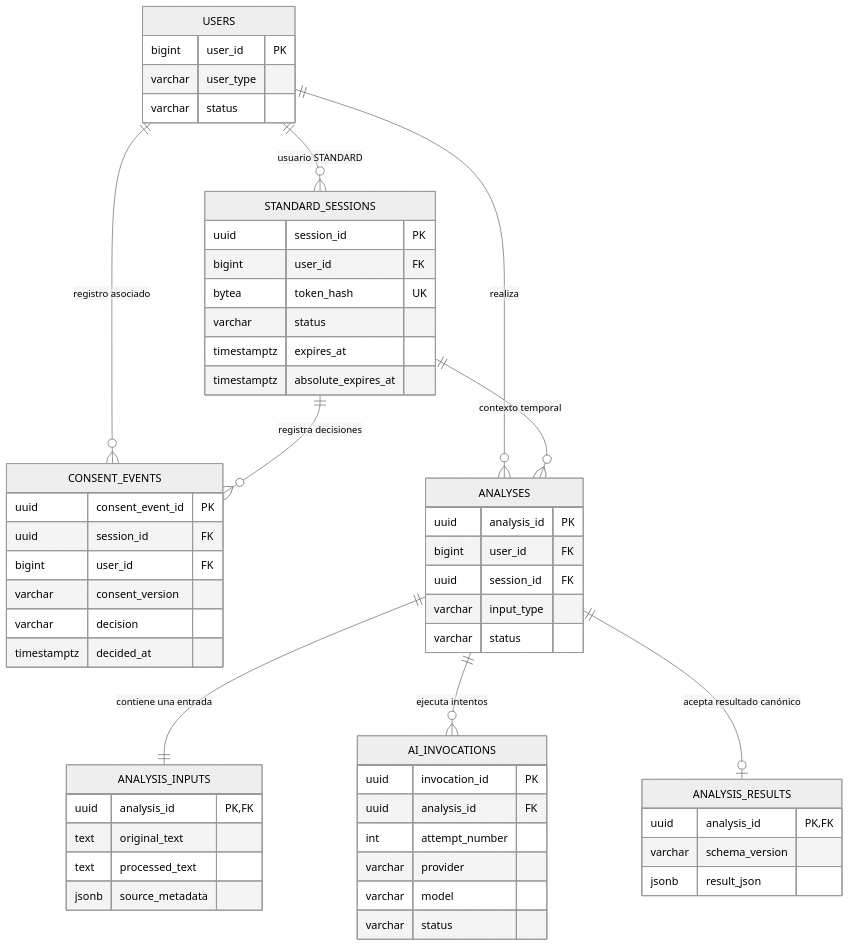
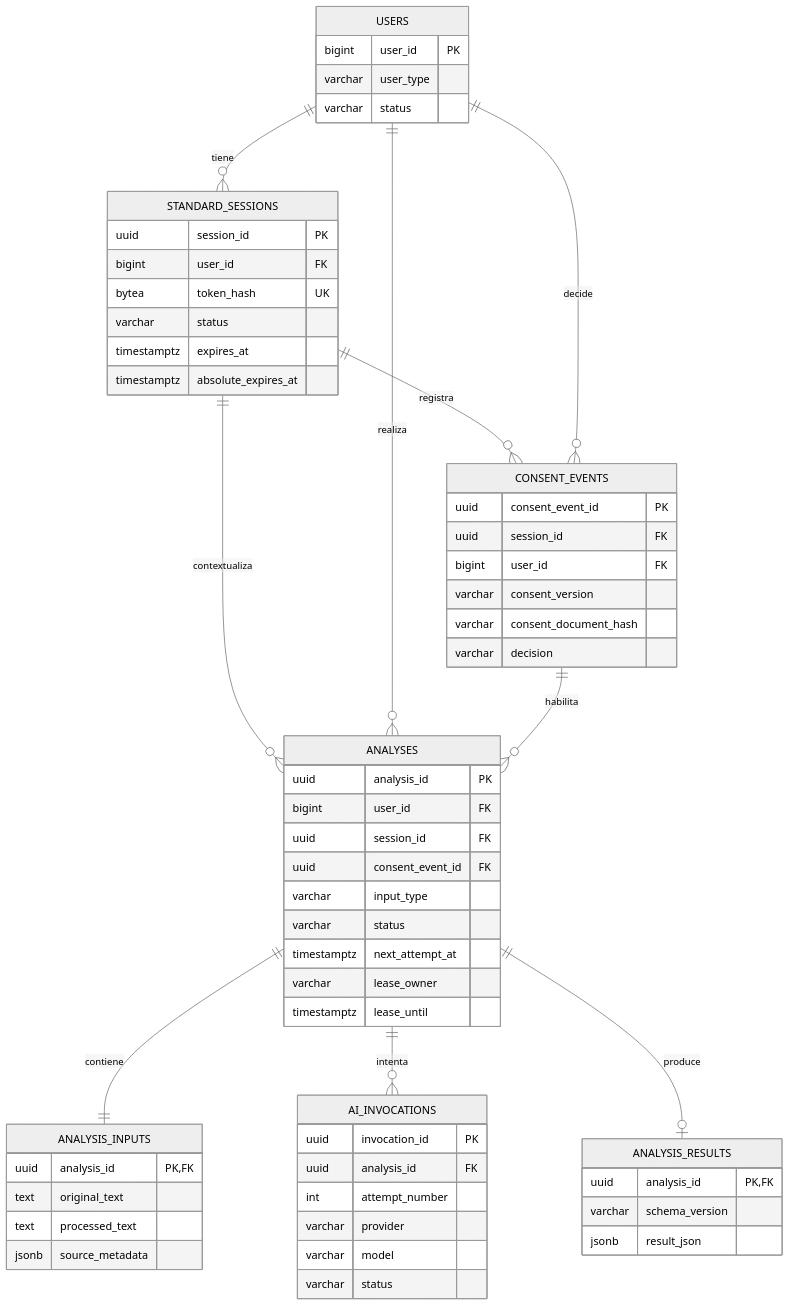
Before and after one commit to ElvisMan2/identipat-ia: the first of 2 diagrams in docs/design/analysis-domain.md, drawn with Mermaid (neutral theme). The commit also changed other lines of this file, not shown here.

Commit message:
Actualizar analysis-domain.md

````diff
--- a/docs/design/analysis-domain.md
+++ b/docs/design/analysis-domain.md
@@ -23,59 +41,64 @@
 ```mermaid
 erDiagram
-    USERS ||--o{ STANDARD_SESSIONS : "usuario STANDARD"
-    USERS ||--o{ CONSENT_EVENTS : "registro asociado"
+    USERS ||--o{ STANDARD_SESSIONS : "tiene"
+    STANDARD_SESSIONS ||--o{ CONSENT_EVENTS : "registra"
+    USERS ||--o{ CONSENT_EVENTS : "decide"
+    STANDARD_SESSIONS ||--o{ ANALYSES : "contextualiza"
     USERS ||--o{ ANALYSES : "realiza"
-    STANDARD_SESSIONS ||--o{ CONSENT_EVENTS : "registra decisiones"
-    STANDARD_SESSIONS ||--o{ ANALYSES : "contexto temporal"
-    ANALYSES ||--|| ANALYSIS_INPUTS : "contiene una entrada"
-    ANALYSES ||--o{ AI_INVOCATIONS : "ejecuta intentos"
-    ANALYSES ||--o| ANALYSIS_RESULTS : "acepta resultado canónico"
+    CONSENT_EVENTS ||--o{ ANALYSES : "habilita"
+    ANALYSES ||--|| ANALYSIS_INPUTS : "contiene"
+    ANALYSES ||--o{ AI_INVOCATIONS : "intenta"
+    ANALYSES ||--o| ANALYSIS_RESULTS : "produce"
 
     USERS {
         bigint user_id PK
         varchar user_type
         varchar status
     }
     STANDARD_SESSIONS {
         uuid session_id PK
         bigint user_id FK
         bytea token_hash UK
         varchar status
         timestamptz expires_at
         timestamptz absolute_expires_at
     }
     CONSENT_EVENTS {
         uuid consent_event_id PK
         uuid session_id FK
         bigint user_id FK
         varchar consent_version
+        varchar consent_document_hash
         varchar decision
-        timestamptz decided_at
     }
     ANALYSES {
         uuid analysis_id PK
         bigint user_id FK
         uuid session_id FK
+        uuid consent_event_id FK
         varchar input_type
         varchar status
+        timestamptz next_attempt_at
+        varchar lease_owner
+        timestamptz lease_until
     }
     ANALYSIS_INPUTS {
-        uuid analysis_id PK, FK
+        uuid analysis_id PK,FK
         text original_text
         text processed_text
         jsonb source_metadata
     }
     AI_INVOCATIONS {
         uuid invocation_id PK
         uuid analysis_id FK
         int attempt_number
         varchar provider
         varchar model
         varchar status
     }
     ANALYSIS_RESULTS {
-        uuid analysis_id PK, FK
+        uuid analysis_id PK,FK
         varchar schema_version
         jsonb result_json
     }
 ```
````
